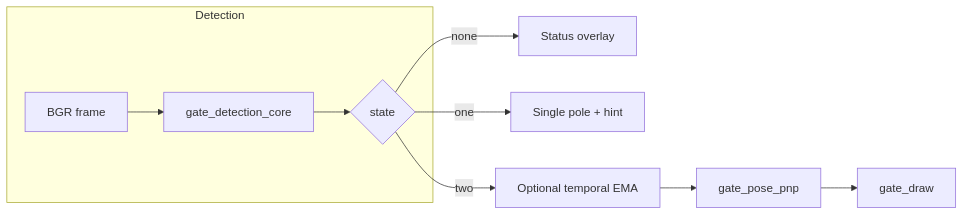
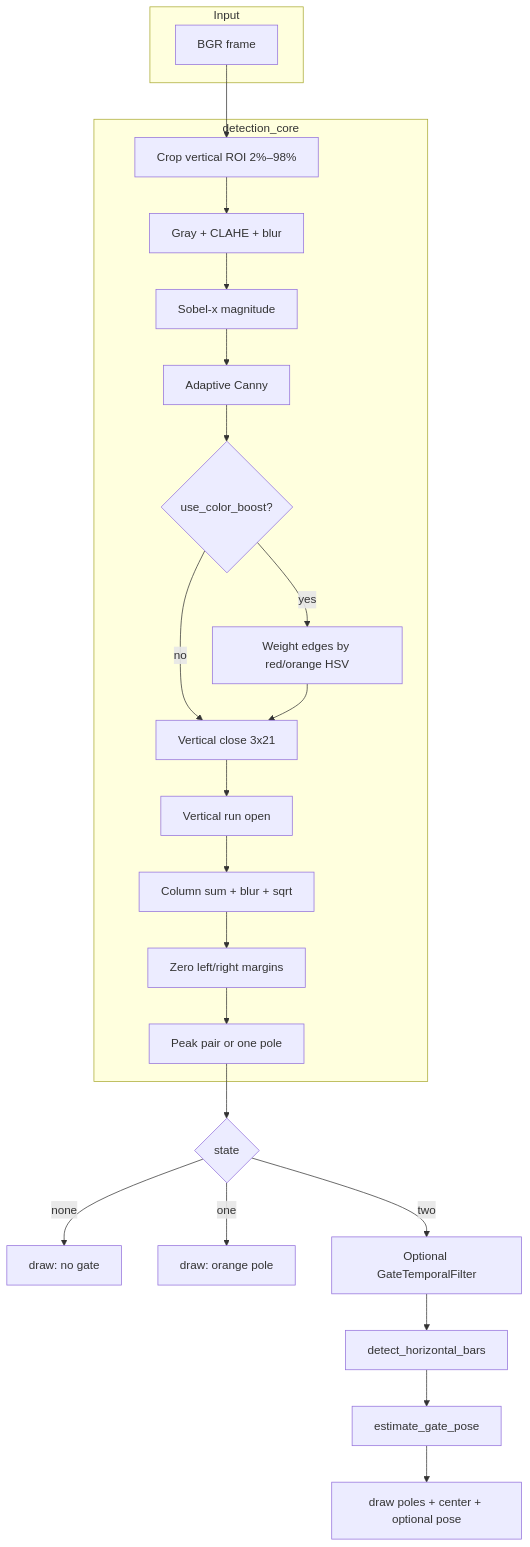
One commit to Samyak-17-pixel/Gate-Detection changed the diagram in README.md. Above: the diagram before and after it, drawn with Mermaid. The commit also changed other lines of this file and 17 other files, not shown here.

First line of the commit message:
Reorganize into a gate_detection package and document the full pipeline.

````diff
--- a/README.md
+++ b/README.md
@@ -99,12 +198,27 @@
 ```mermaid
-flowchart LR
-  subgraph detect [Detection]
-    A[BGR frame] --> B[gate_detection_core]
-    B --> C{state}
+flowchart TB
+  subgraph in [Input]
+    F[BGR frame]
   end
-  C -->|none| D[Status overlay]
-  C -->|one| E[Single pole + hint]
-  C -->|two| F[Optional temporal EMA]
-  F --> G[gate_pose_pnp]
-  G --> H[gate_draw]
+  subgraph core [detection_core]
+    F --> ROI[Crop vertical ROI 2%–98%]
+    ROI --> G[Gray + CLAHE + blur]
+    G --> SX[Sobel-x magnitude]
+    SX --> C[Adaptive Canny]
+    C --> CB{use_color_boost?}
+    CB -->|yes| HSV[Weight edges by red/orange HSV]
+    CB -->|no| M
+    HSV --> M[Vertical close 3x21]
+    M --> VR[Vertical run open]
+    VR --> H[Column sum + blur + sqrt]
+    H --> IG[Zero left/right margins]
+    IG --> PK[Peak pair or one pole]
+  end
+  PK --> ST{state}
+  ST -->|none| D0[draw: no gate]
+  ST -->|one| D1[draw: orange pole]
+  ST -->|two| EMA[Optional GateTemporalFilter]
+  EMA --> BARS[detect_horizontal_bars]
+  BARS --> PnP[estimate_gate_pose]
+  PnP --> D2[draw poles + center + optional pose]
 ```
````
